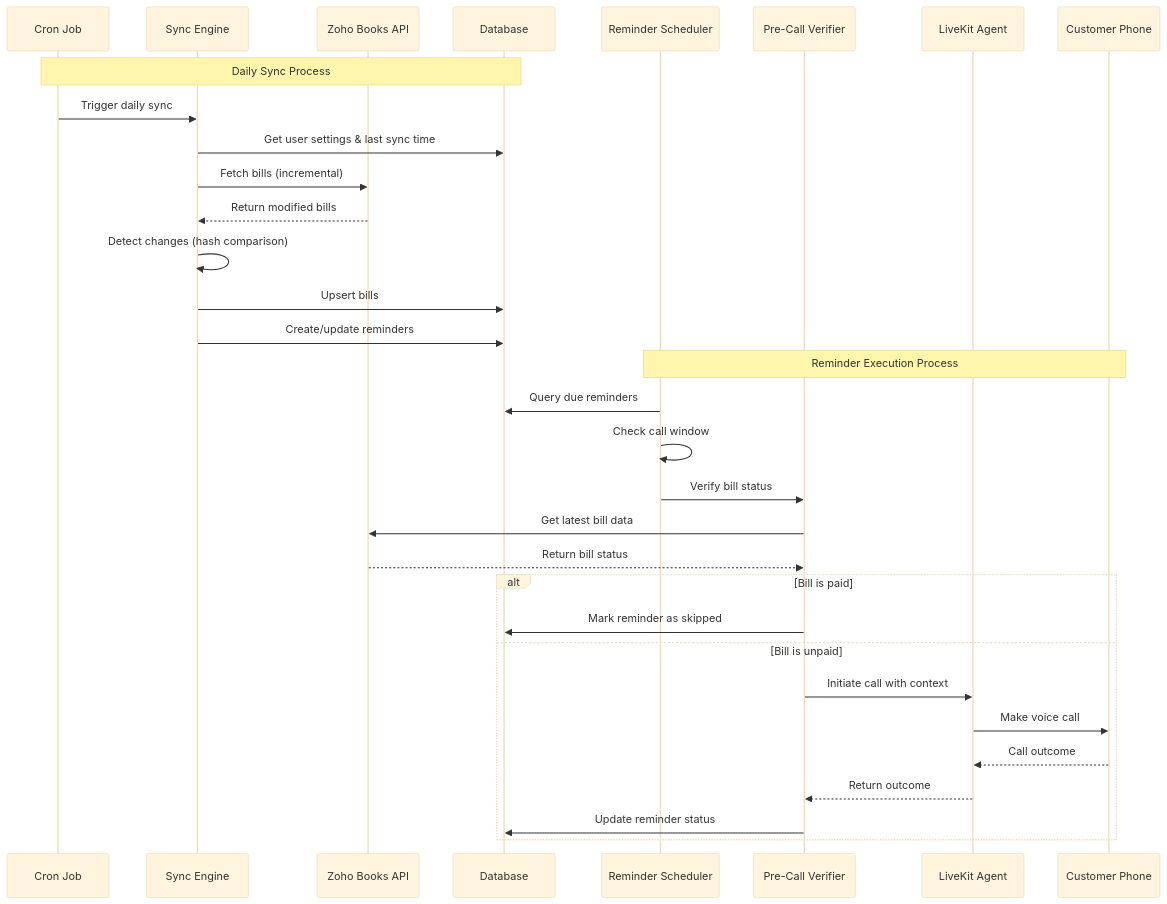
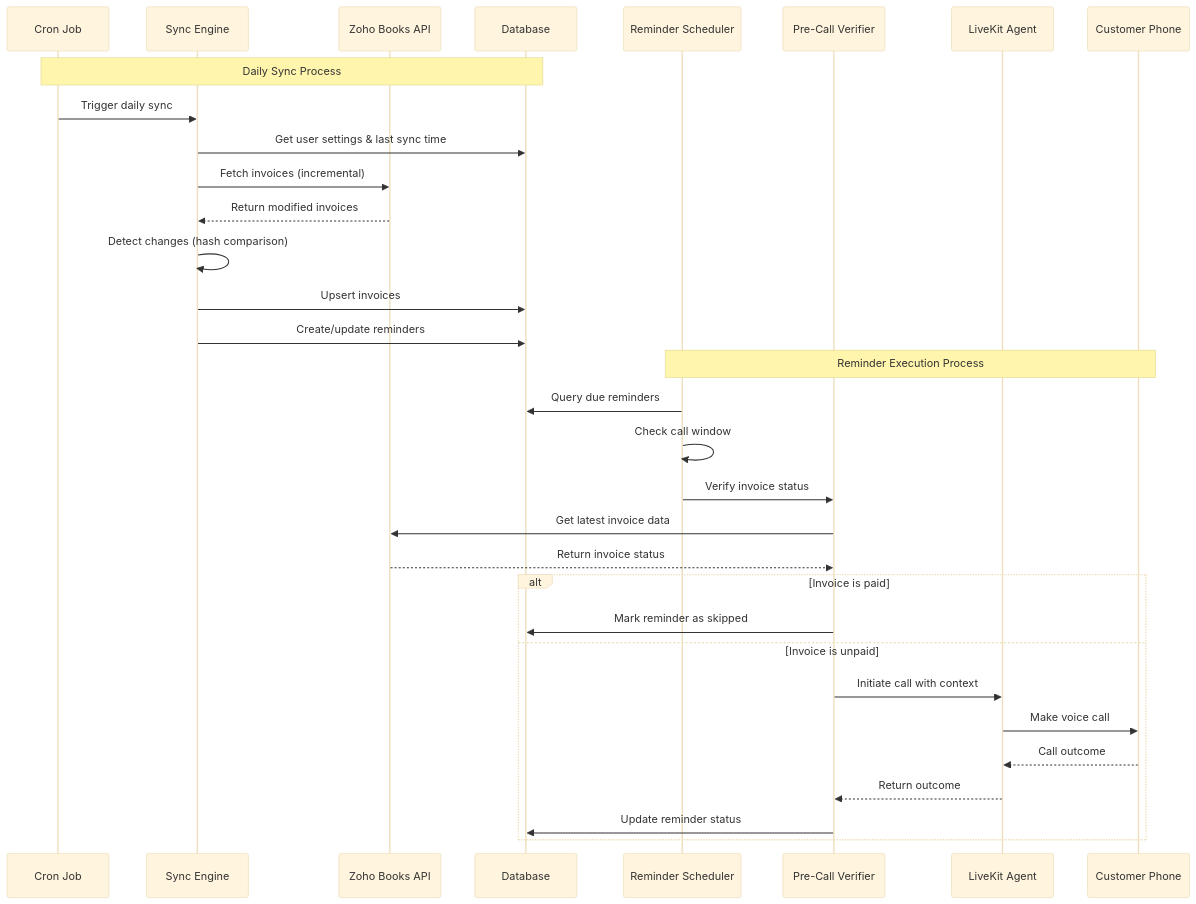
The diagram in .kiro/specs/payment-reminder-calls/design.md (priyanshutiwary/kiro-hackathon), drawn with Mermaid (base theme) before and after one commit. The commit also changed other lines of this file and 48 other files, not shown here.

````diff
--- a/.kiro/specs/payment-reminder-calls/design.md
+++ b/.kiro/specs/payment-reminder-calls/design.md
@@ -82,36 +83,36 @@
 ```mermaid
 sequenceDiagram
     participant Cron as Cron Job
     participant Sync as Sync Engine
     participant Zoho as Zoho Books API
     participant DB as Database
     participant Scheduler as Reminder Scheduler
     participant Verifier as Pre-Call Verifier
     participant LiveKit as LiveKit Agent
     participant Customer as Customer Phone
 
     Note over Cron,DB: Daily Sync Process
     Cron->>Sync: Trigger daily sync
     Sync->>DB: Get user settings & last sync time
-    Sync->>Zoho: Fetch bills (incremental)
-    Zoho-->>Sync: Return modified bills
+    Sync->>Zoho: Fetch invoices (incremental)
+    Zoho-->>Sync: Return modified invoices
     Sync->>Sync: Detect changes (hash comparison)
-    Sync->>DB: Upsert bills
+    Sync->>DB: Upsert invoices
     Sync->>DB: Create/update reminders
     
     Note over Scheduler,Customer: Reminder Execution Process
     Scheduler->>DB: Query due reminders
     Scheduler->>Scheduler: Check call window
-    Scheduler->>Verifier: Verify bill status
-    Verifier->>Zoho: Get latest bill data
-    Zoho-->>Verifier: Return bill status
-    alt Bill is paid
+    Scheduler->>Verifier: Verify invoice status
+    Verifier->>Zoho: Get latest invoice data
+    Zoho-->>Verifier: Return invoice status
+    alt Invoice is paid
         Verifier->>DB: Mark reminder as skipped
-    else Bill is unpaid
+    else Invoice is unpaid
         Verifier->>LiveKit: Initiate call with context
         LiveKit->>Customer: Make voice call
         Customer-->>LiveKit: Call outcome
         LiveKit-->>Verifier: Return outcome
         Verifier->>DB: Update reminder status
     end
 ```
````
